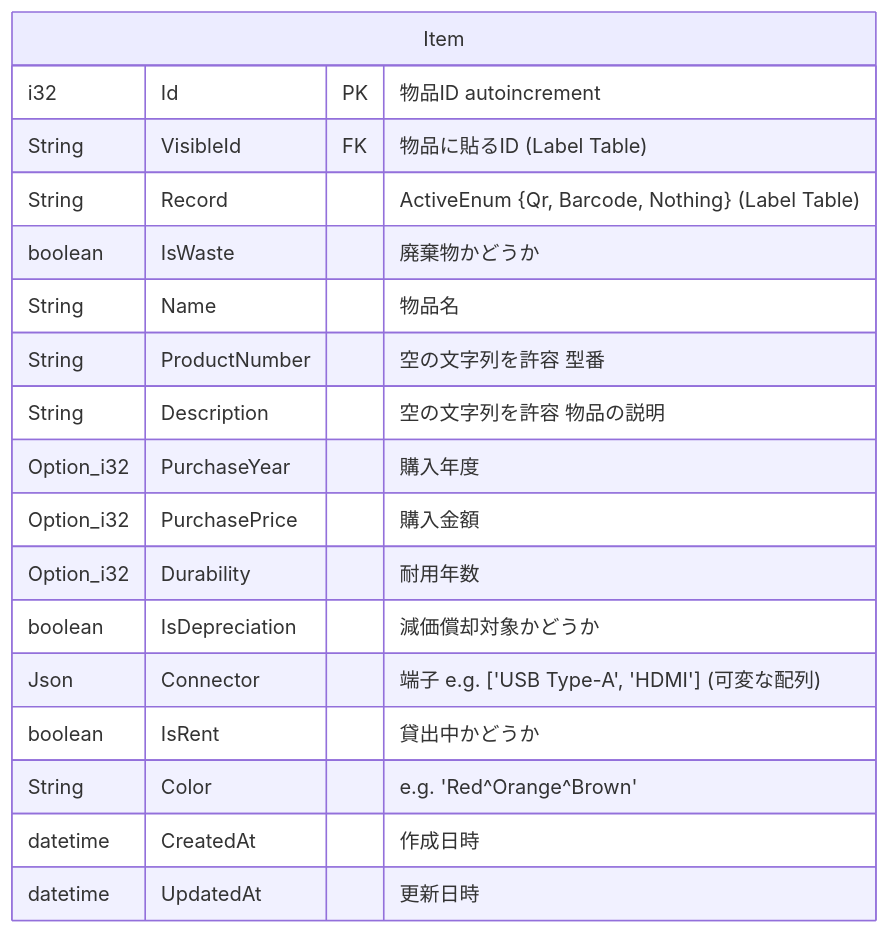
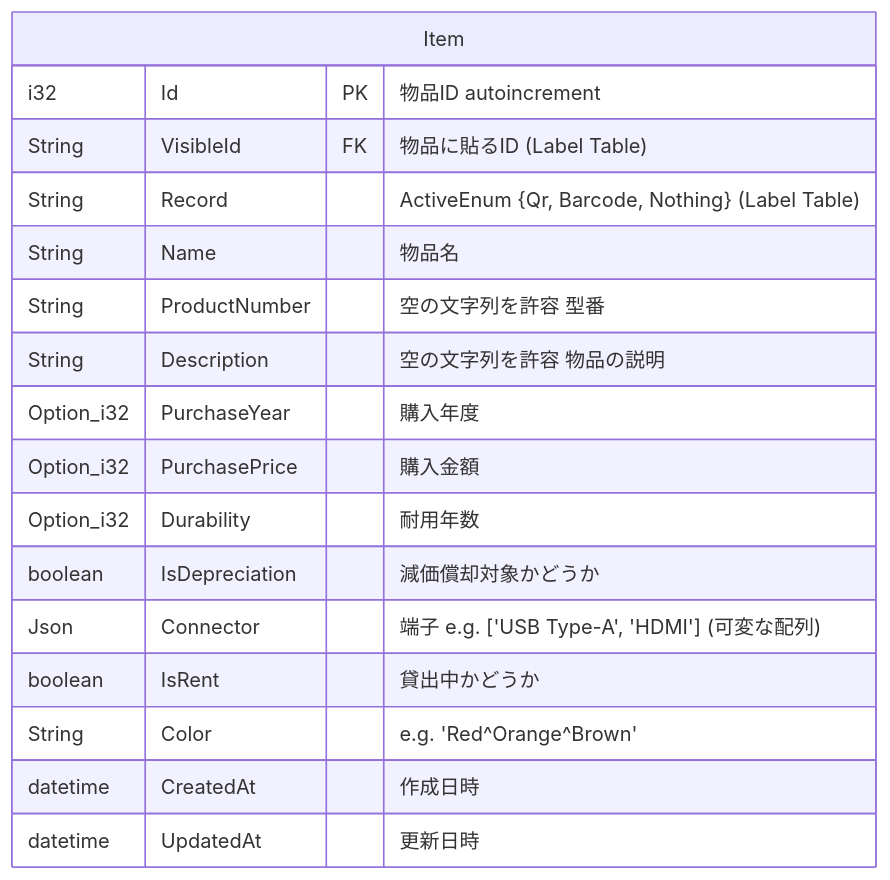
One commit to sohosai/dashi changed the third of 3 diagrams in documents/database.md. Above: the diagram before and after it, drawn with Mermaid. The commit also changed other lines of this file and 2 other files, not shown here.

````diff
--- a/documents/database.md
+++ b/documents/database.md
@@ -63,21 +80,20 @@
 ```mermaid
 erDiagram
     Item {
         i32 Id PK "物品ID autoincrement"
         String VisibleId FK "物品に貼るID (Label Table)"
         String Record "ActiveEnum {Qr, Barcode, Nothing} (Label Table)"
-        boolean IsWaste "廃棄物かどうか"
         String Name "物品名"
         String ProductNumber "空の文字列を許容 型番"
         String Description "空の文字列を許容 物品の説明"
         Option_i32 PurchaseYear "購入年度"
         Option_i32 PurchasePrice "購入金額"
         Option_i32 Durability "耐用年数"
         boolean IsDepreciation "減価償却対象かどうか"
         Json Connector "端子 e.g. ['USB Type-A', 'HDMI'] (可変な配列)"
         boolean IsRent "貸出中かどうか"
         String Color "e.g. 'Red^Orange^Brown'"
         datetime CreatedAt "作成日時"
         datetime UpdatedAt "更新日時"
     }
 ```
````
